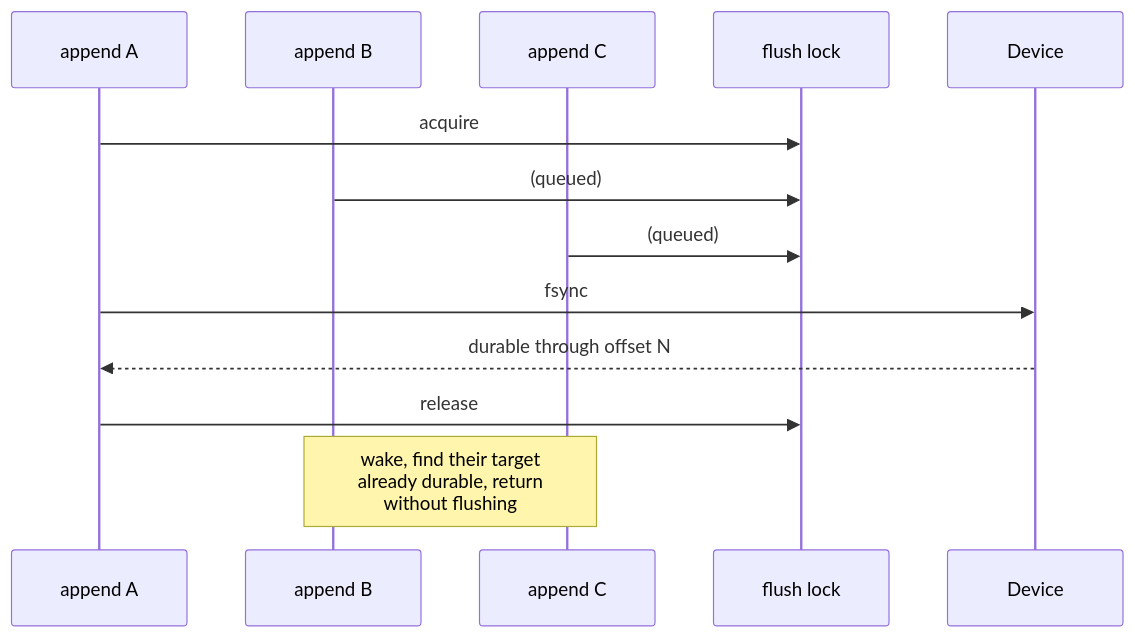
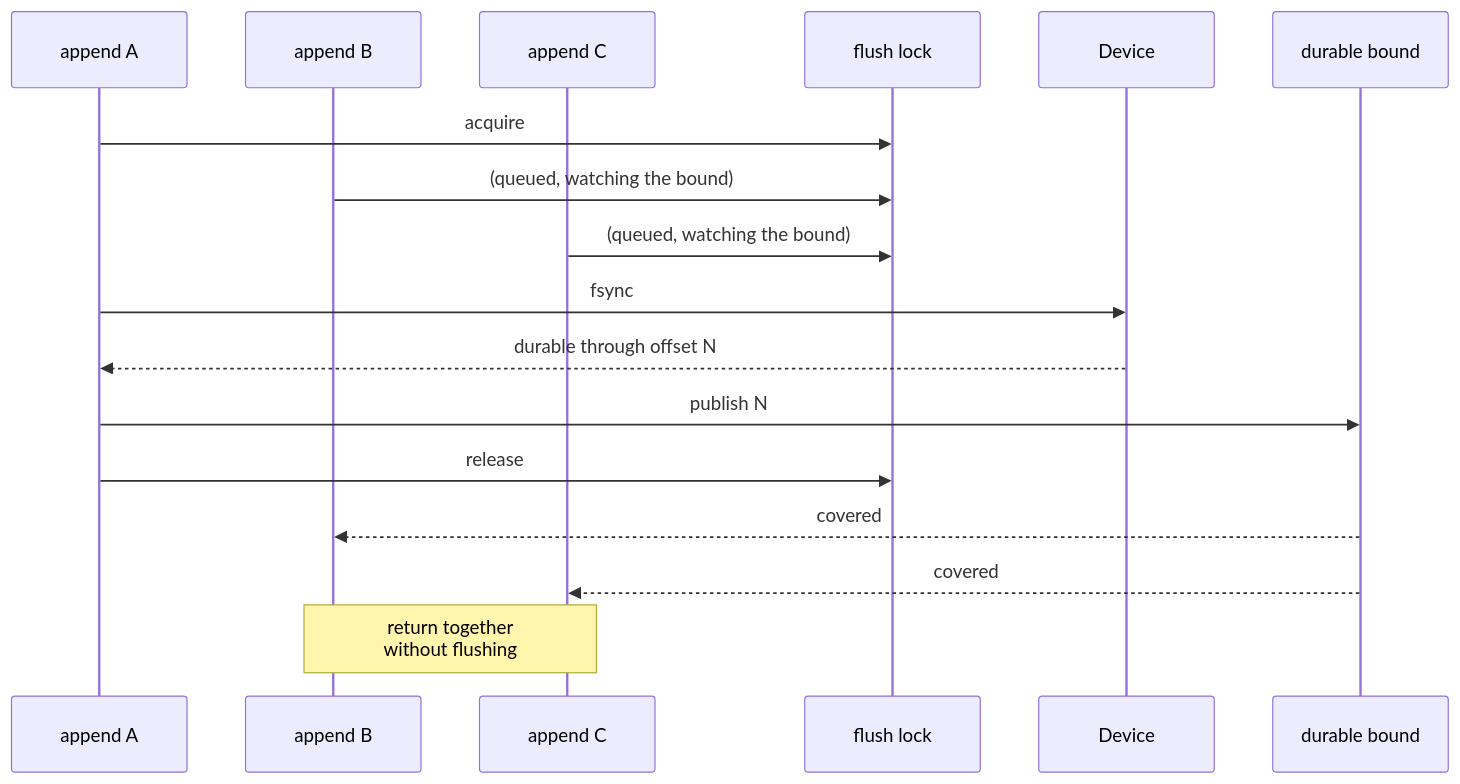
One commit to GetFelix/felix changed the fourth of 8 diagrams in docs/durable-storage.md. Above: the diagram before and after it, drawn with Mermaid. The commit also changed other lines of this file and 11 other files, not shown here.

First line of the commit message:
perf(broker): claim a lane's queued publishes as one durable append

````diff
--- a/docs/durable-storage.md
+++ b/docs/durable-storage.md
@@ -211,16 +211,20 @@
 ```mermaid
 sequenceDiagram
     participant A1 as append A
     participant A2 as append B
     participant A3 as append C
     participant FL as flush lock
     participant DEV as Device
+    participant DB as durable bound
 
     A1->>FL: acquire
-    A2->>FL: (queued)
-    A3->>FL: (queued)
+    A2->>FL: (queued, watching the bound)
+    A3->>FL: (queued, watching the bound)
     A1->>DEV: fsync
     DEV-->>A1: durable through offset N
+    A1->>DB: publish N
     A1->>FL: release
-    Note over A2,A3: wake, find their target<br/>already durable, return<br/>without flushing
+    DB-->>A2: covered
+    DB-->>A3: covered
+    Note over A2,A3: return together<br/>without flushing
 ```
````
